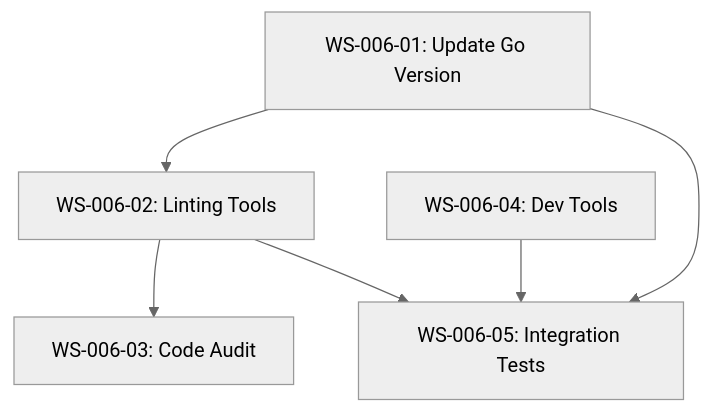
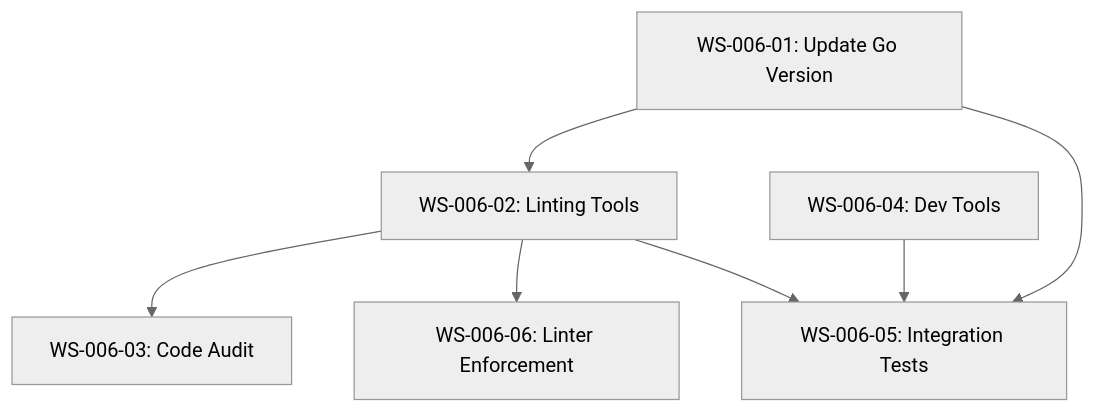
The diagram in docs/workstreams/INDEX.md (MegalordSTR/village), drawn with Mermaid (neutral theme) before and after one commit. The commit also changed other lines of this file and 24 other files, not shown here.

````diff
--- a/docs/workstreams/INDEX.md
+++ b/docs/workstreams/INDEX.md
@@ -19,8 +20,9 @@
 ```mermaid
 graph TD
     A[WS-006-01: Update Go Version] --> B[WS-006-02: Linting Tools]
     B --> C[WS-006-03: Code Audit]
+    B --> F[WS-006-06: Linter Enforcement]
     A --> E[WS-006-05: Integration Tests]
     B --> E
     D[WS-006-04: Dev Tools] --> E
 ```
````
